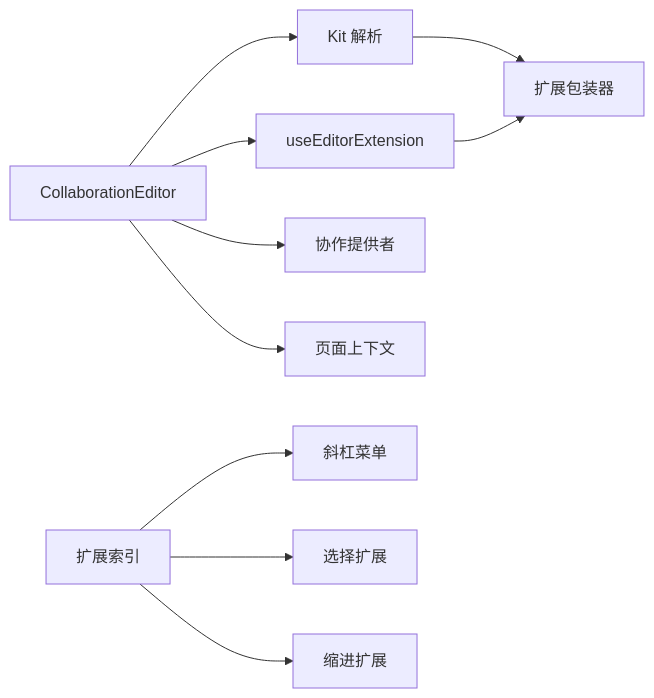
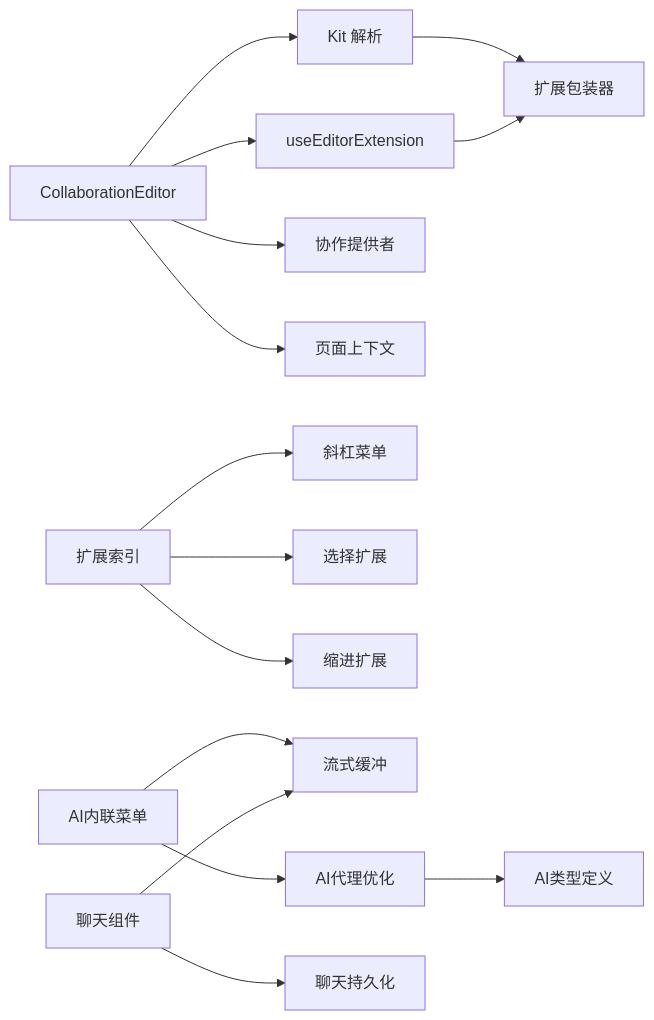
Diagram 11 of 11 in .qoder/repowiki/zh/content/架构设计/编辑器内核架构/编辑器内核架构.md (LRF0422/Kotion), drawn with Mermaid before and after one commit. The commit also changed other lines of this file and 75 other files, not shown here.

````diff
--- a/.qoder/repowiki/zh/content/架构设计/编辑器内核架构/编辑器内核架构.md
+++ b/.qoder/repowiki/zh/content/架构设计/编辑器内核架构/编辑器内核架构.md
@@ -371,12 +628,17 @@
 ```mermaid
 graph LR
 KIT["Kit 解析"] --> EXTWRAP["扩展包装器"]
 USEEXT["useEditorExtension"] --> EXTWRAP
 COLLAB["CollaborationEditor"] --> KIT
 COLLAB --> USEEXT
 COLLAB --> PROVIDER["协作提供者"]
 COLLAB --> CTX["页面上下文"]
 EXTIDX["扩展索引"] --> SLASH["斜杠菜单"]
 EXTIDX --> SELECTION["选择扩展"]
 EXTIDX --> IDENT["缩进扩展"]
+AIINLINE["AI内联菜单"] --> STREAMBUF["流式缓冲"]
+AIINLINE --> AGENTOPT["AI代理优化"]
+CHATCOMP["聊天组件"] --> CHATPERSIST["聊天持久化"]
+CHATCOMP --> STREAMBUF
+AGENTOPT --> TYPES["AI类型定义"]
 ```
````
